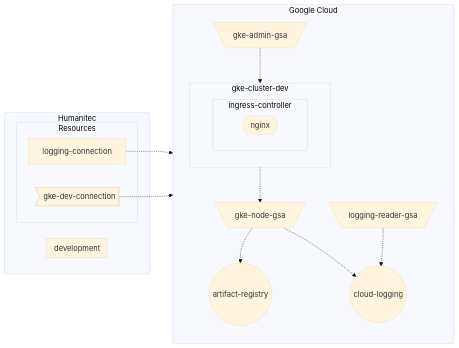
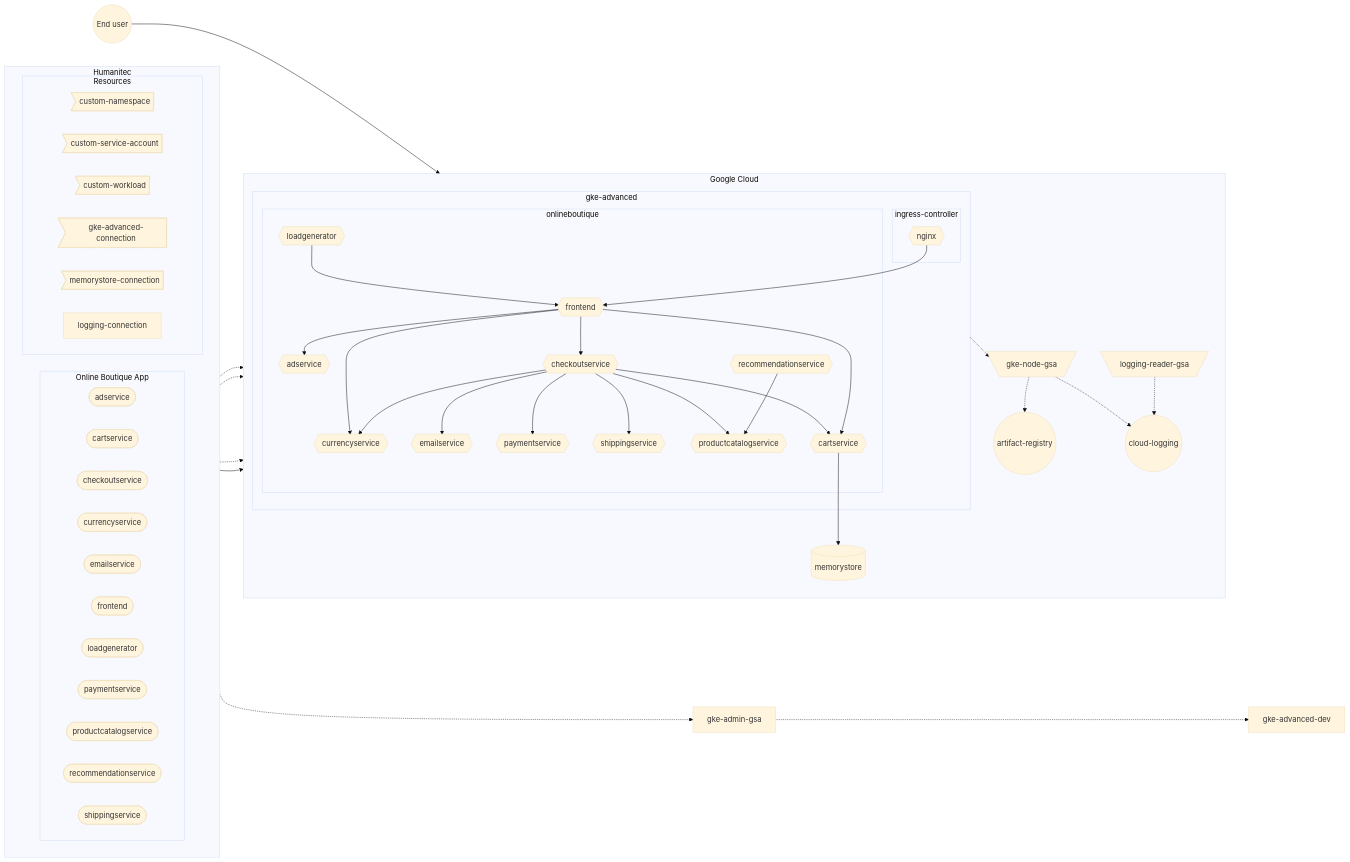
Before and after one commit to mathieu-benoit/hello-humanitec: the diagram in docs/gke-advanced.md, drawn with Mermaid (base theme).

Commit message:
review gke-advanced graph

````diff
--- a/docs/gke-advanced.md
+++ b/docs/gke-advanced.md
@@ -15,29 +15,65 @@
 ```mermaid
 flowchart LR
   subgraph Humanitec
-    subgraph development
+    direction LR
+    subgraph onlineboutique-app [Online Boutique App]
+      direction LR
+      adservice-workload([adservice])
+      cartservice-workload([cartservice])
+      checkoutservice-workload([checkoutservice])
+      currencyservice-workload([currencyservice])
+      emailservice-workload([emailservice])
+      frontend-workload([frontend])
+      loadgenerator-workload([loadgenerator])
+      paymentservice-workload([paymentservice])
+      productcatalogservice-workload([productcatalogservice])
+      recommendationservice-workload([recommendationservice])
+      shippingservice-workload([shippingservice])
     end
     subgraph Resources
-        gke-dev-connection>gke-dev-connection]
-	logging-connection
+        custom-namespace>custom-namespace]
+        custom-service-account>custom-service-account]
+        custom-workload>custom-workload]
+        gke-advanced-connection>gke-advanced-connection]
+        memorystore-connection>memorystore-connection]
+        logging-connection
     end
   end
   subgraph Google Cloud
     direction TB
-    gke-admin-gsa[\gke-admin-gsa/]
-    subgraph gke-cluster-dev
+    subgraph gke-advanced
         subgraph ingress-controller
             nginx{{nginx}}
         end
+        subgraph onlineboutique
+            frontend{{frontend}}-->adservice{{adservice}}
+            frontend-->checkoutservice{{checkoutservice}}
+            frontend-->currencyservice{{currencyservice}}
+            checkoutservice-->emailservice{{emailservice}}
+            checkoutservice-->paymentservice{{paymentservice}}
+            checkoutservice-->currencyservice
+            checkoutservice-->shippingservice{{shippingservice}}
+            checkoutservice-->productcatalogservice{{productcatalogservice}}
+            checkoutservice-->cartservice{{cartservice}}
+            frontend-->cartservice
+            loadgenerator{{loadgenerator}}-->frontend
+            recommendationservice{{recommendationservice}}-->productcatalogservice
+        end
+        nginx-->frontend
     end
+    gke-advanced-connection-.->gke-advanced
+    memorystore-connection-.->memorystore[(memorystore)]
+    onlineboutique-app-->onlineboutique
+    cartservice-->memorystore
     logging-reader-gsa[\logging-reader-gsa/]
     cloud-logging((cloud-logging))
-    gke-cluster-dev-.->gke-node-gsa[\gke-node-gsa/]
+    gke-advanced-.->gke-node-gsa[\gke-node-gsa/]
     gke-node-gsa-.->artifact-registry((artifact-registry))
     gke-node-gsa-.->cloud-logging
   end
+  enduser((End user))-->nginx
   logging-connection-.->logging-reader-gsa
   logging-reader-gsa-.->cloud-logging
-  gke-dev-connection-.->gke-admin-gsa
-  gke-admin-gsa-.->gke-cluster-dev
+  gke-advanced-connection-.->gke-admin-gsa
+  gke-admin-gsa-.->gke-advanced-dev
 ```
````
